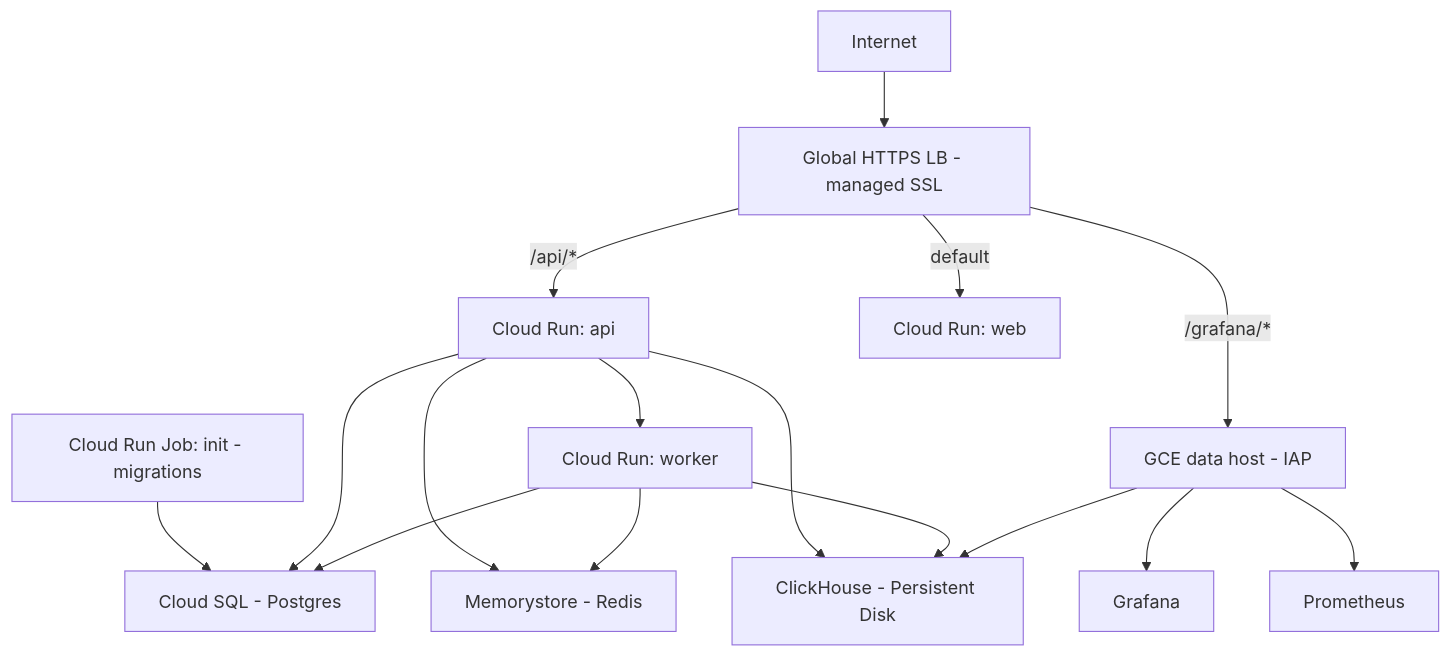
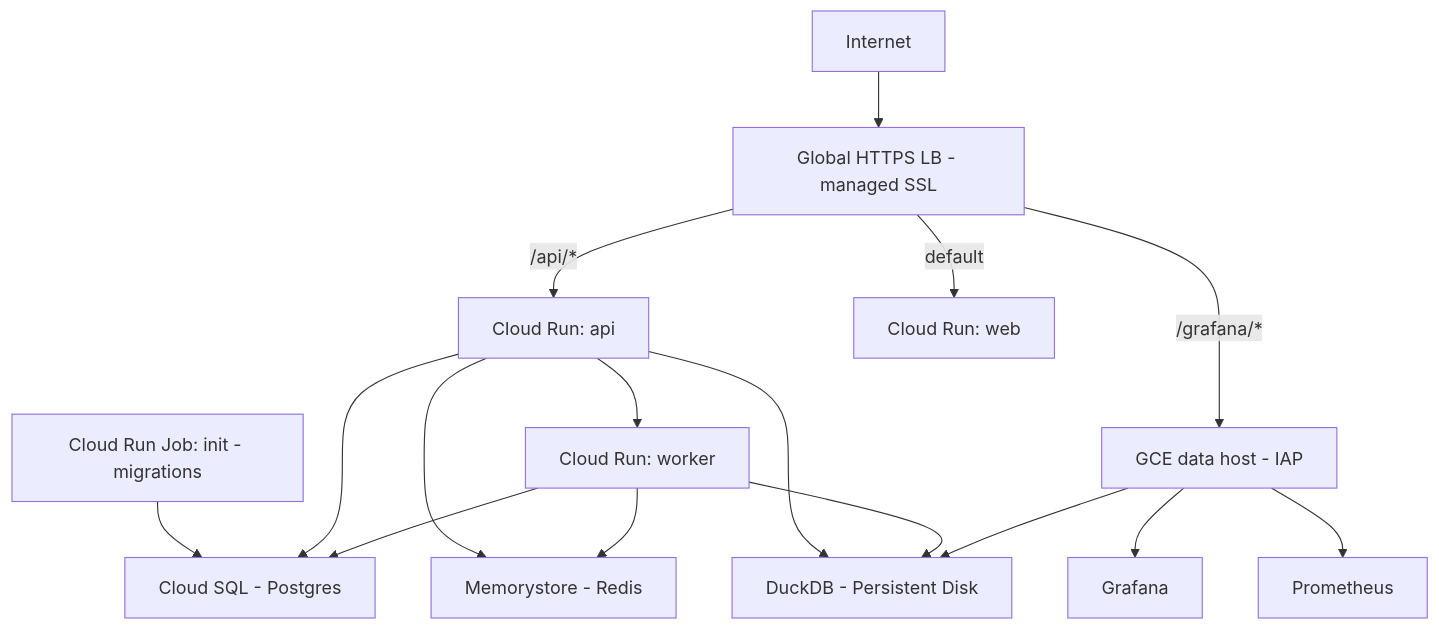
One commit to Observal/Observal changed the second of 2 diagrams in docs/self-hosting/production-deploy.md. Above: the diagram before and after it, drawn with Mermaid. The commit also changed other lines of this file and 315 other files, not shown here.

First line of the commit message:
feat(analytics)!: replace ClickHouse with DuckDB

````diff
--- a/docs/self-hosting/production-deploy.md
+++ b/docs/self-hosting/production-deploy.md
@@ -99,31 +99,31 @@
 ```mermaid
 flowchart TB
     internet[Internet]
     lb["Global HTTPS LB - managed SSL"]
     api[Cloud Run: api]
     web[Cloud Run: web]
     init["Cloud Run Job: init - migrations"]
     worker[Cloud Run: worker]
     data["GCE data host - IAP"]
     pg["Cloud SQL - Postgres"]
     redis["Memorystore - Redis"]
-    ch["ClickHouse - Persistent Disk"]
+    ch["DuckDB - Persistent Disk"]
     grafana[Grafana]
     prometheus[Prometheus]
 
     internet --> lb
     lb -->|/api/*| api
     lb -->|default| web
     lb -->|/grafana/*| data
     init --> pg
     api --> worker
     api --> pg
     api --> redis
     api --> ch
     worker --> pg
     worker --> redis
     worker --> ch
     data --> ch
     data --> grafana
     data --> prometheus
 ```
````
